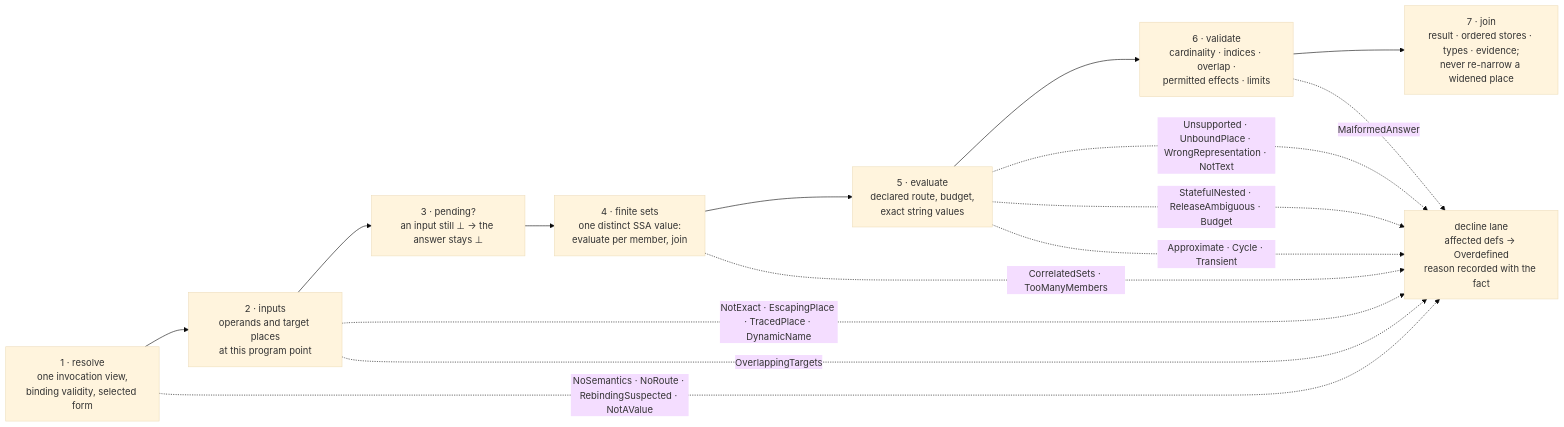
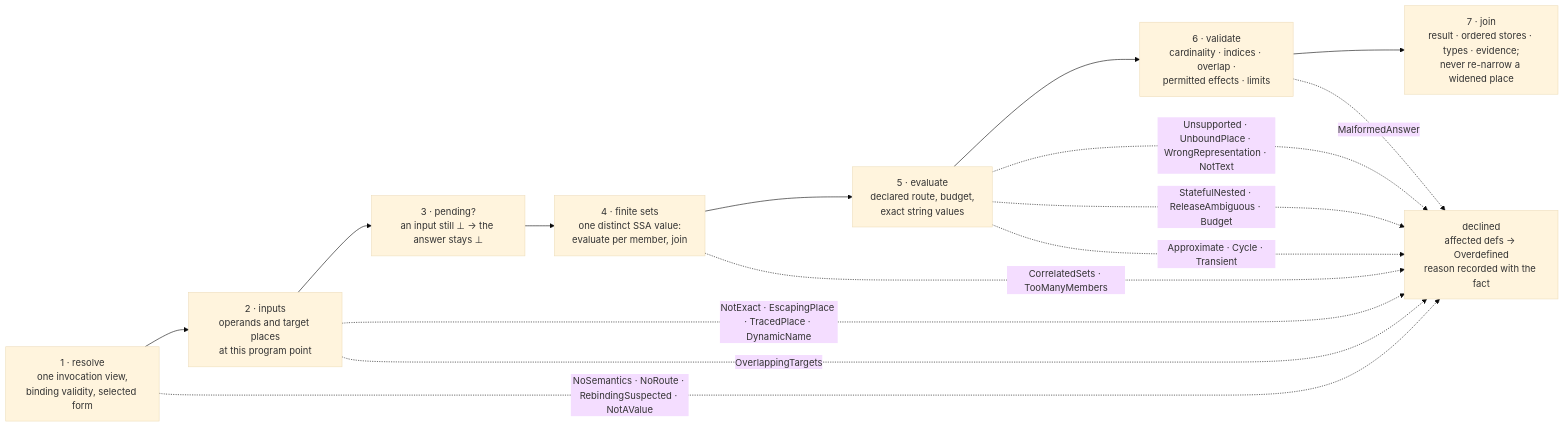
The third of 5 diagrams in docs/design/compiler/value-transfers.md (bitwisecook/tcl-lsp), drawn with Mermaid (base theme) before and after one commit. The commit also changed other lines of this file and 28 other files, not shown here.

````diff
--- a/docs/design/compiler/value-transfers.md
+++ b/docs/design/compiler/value-transfers.md
@@ -947,20 +947,20 @@
 ```mermaid
 flowchart LR
     S1["1 · resolve<br/>one invocation view,<br/>binding validity, selected form"]
     S2["2 · inputs<br/>operands and target places<br/>at this program point"]
     S3["3 · pending?<br/>an input still ⊥ → the answer stays ⊥"]
     S4["4 · finite sets<br/>one distinct SSA value:<br/>evaluate per member, join"]
     S5["5 · evaluate<br/>declared route, budget,<br/>exact string values"]
     S6["6 · validate<br/>cardinality · indices · overlap ·<br/>permitted effects · limits"]
     S7["7 · join<br/>result · ordered stores · types · evidence;<br/>never re-narrow a widened place"]
     S1 --> S2 --> S3 --> S4 --> S5 --> S6 --> S7
     S1 -. NoSemantics · NoRoute · RebindingSuspected · NotAValue .-> W
     S2 -. NotExact · EscapingPlace · TracedPlace · DynamicName .-> W
     S2 -. OverlappingTargets .-> W
     S4 -. CorrelatedSets · TooManyMembers .-> W
     S5 -. Unsupported · UnboundPlace · WrongRepresentation · NotText .-> W
     S5 -. StatefulNested · ReleaseAmbiguous · Budget .-> W
     S5 -. Approximate · Cycle · Transient .-> W
     S6 -. MalformedAnswer .-> W
-    W["decline lane<br/>affected defs → Overdefined<br/>reason recorded with the fact"]
+    W["declined<br/>affected defs → Overdefined<br/>reason recorded with the fact"]
 ```
````
